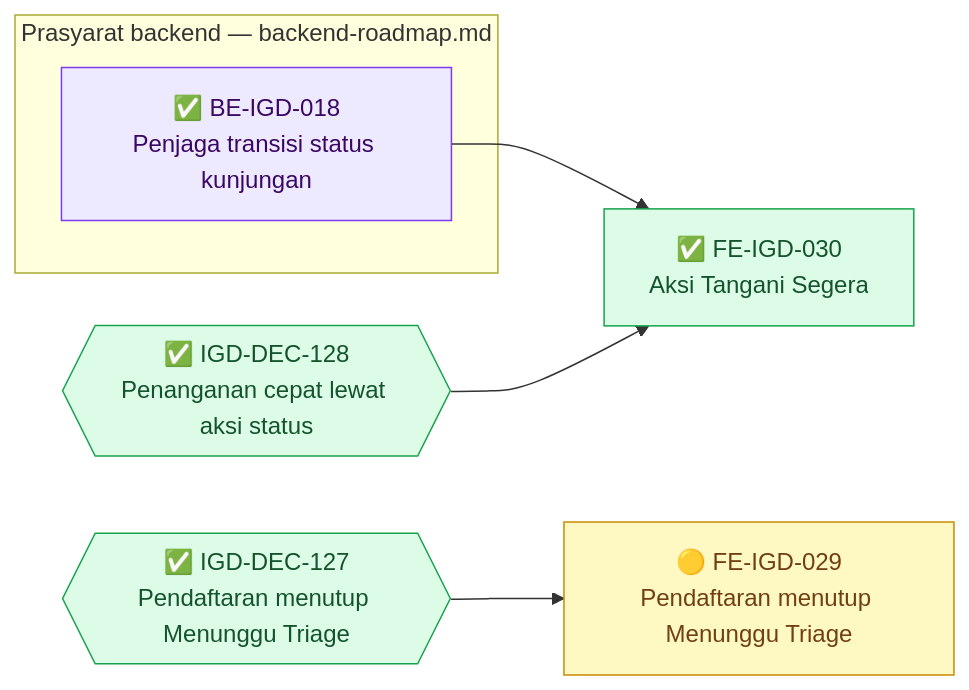
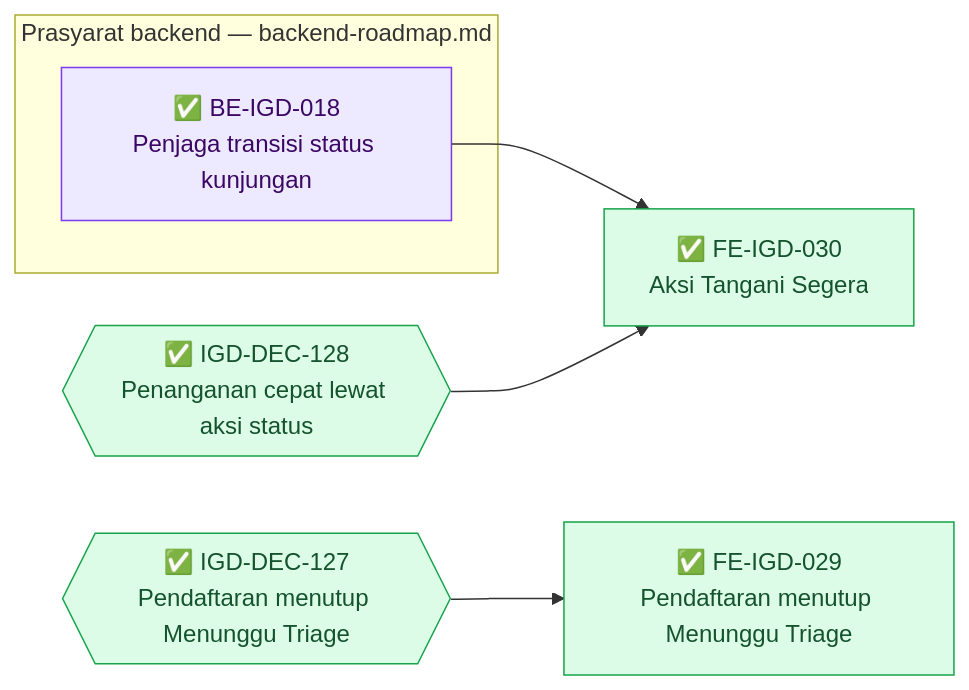
The ninth of 19 diagrams in docs/module-blueprints/igd/roadmap/frontend-roadmap.md (DevBenari/NewQuilvianSystemBackend), drawn with Mermaid before and after one commit. The commit also changed other lines of this file and 10 other files, not shown here.

````diff
--- a/docs/module-blueprints/igd/roadmap/frontend-roadmap.md
+++ b/docs/module-blueprints/igd/roadmap/frontend-roadmap.md
@@ -1003,21 +1003,21 @@
 ```mermaid
 flowchart LR
     classDef selesai fill:#DCFCE7,stroke:#16A34A,color:#14532D
     classDef sebagian fill:#FEF9C3,stroke:#CA8A04,color:#713F12
     classDef terblokir fill:#FEE2E2,stroke:#DC2626,color:#7F1D1D
     classDef belum fill:#F1F5F9,stroke:#64748B,color:#0F172A
     classDef luar fill:#EDE9FE,stroke:#7C3AED,color:#3B0764
 
     subgraph backend["Prasyarat backend — backend-roadmap.md"]
         BEIGD018["✅ BE-IGD-018<br/>Penjaga transisi status kunjungan"]:::luar
     end
 
     DEC127{{"✅ IGD-DEC-127<br/>Pendaftaran menutup Menunggu Triage"}}:::selesai
     DEC128{{"✅ IGD-DEC-128<br/>Penanganan cepat lewat aksi status"}}:::selesai
-    FEIGD029["🟡 FE-IGD-029<br/>Pendaftaran menutup Menunggu Triage"]:::sebagian
+    FEIGD029["✅ FE-IGD-029<br/>Pendaftaran menutup Menunggu Triage"]:::selesai
     FEIGD030["✅ FE-IGD-030<br/>Aksi Tangani Segera"]:::selesai
 
     DEC127 --> FEIGD029
     BEIGD018 --> FEIGD030
     DEC128 --> FEIGD030
 ```
````
